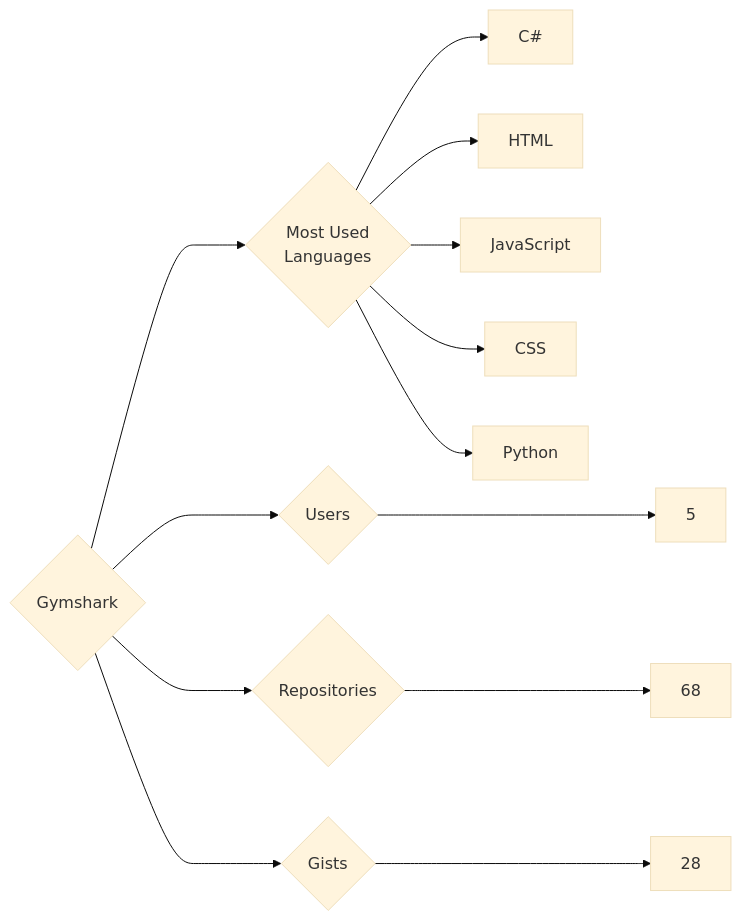
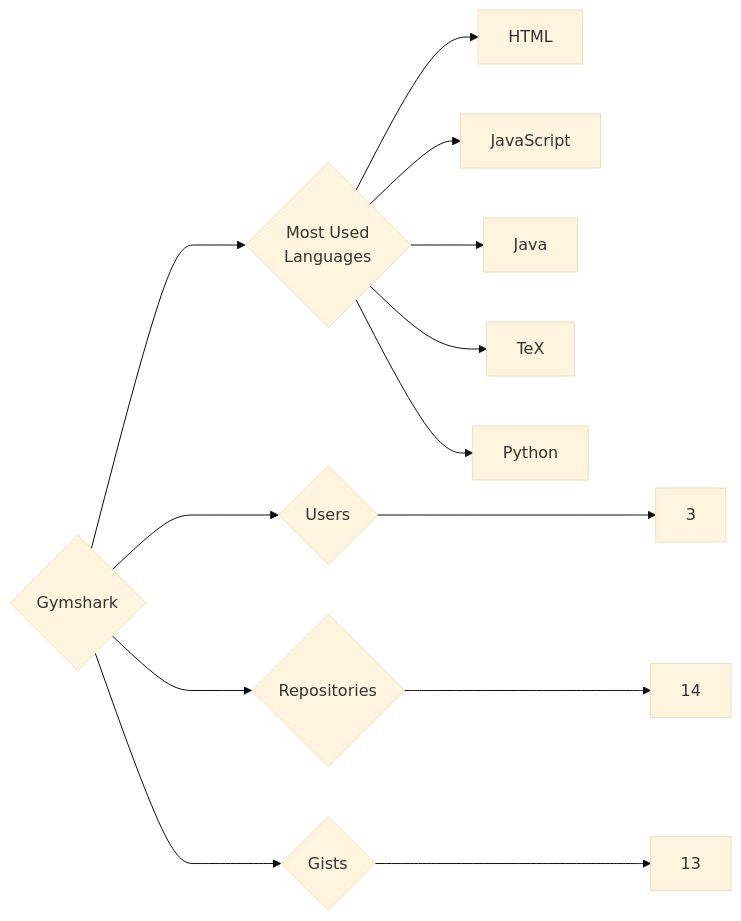
The diagram in targets/Gymshark/README.md (trickest/insiders), drawn with Mermaid (base theme) before and after one commit. The commit also changed 1166 other files, not shown here.

````diff
--- a/targets/Gymshark/README.md
+++ b/targets/Gymshark/README.md
@@ -3,13 +3,13 @@
 ```mermaid
 graph LR
 COMPANY_NAME{Gymshark}
-COMPANY_NAME ---> U{Users} ---> UN[5]
-COMPANY_NAME ---> R{Repositories} ---> RN[68]
-COMPANY_NAME ---> G{Gists} ---> GN[28]
+COMPANY_NAME ---> U{Users} ---> UN[3]
+COMPANY_NAME ---> R{Repositories} ---> RN[14]
+COMPANY_NAME ---> G{Gists} ---> GN[13]
 COMPANY_NAME ---> ML{Most Used<br>Languages}
-ML --> C#[C#]
 ML --> HTML[HTML]
 ML --> JavaScript[JavaScript]
-ML --> CSS[CSS]
+ML --> Java[Java]
+ML --> TeX[TeX]
 ML --> Python[Python]
 ```
````
